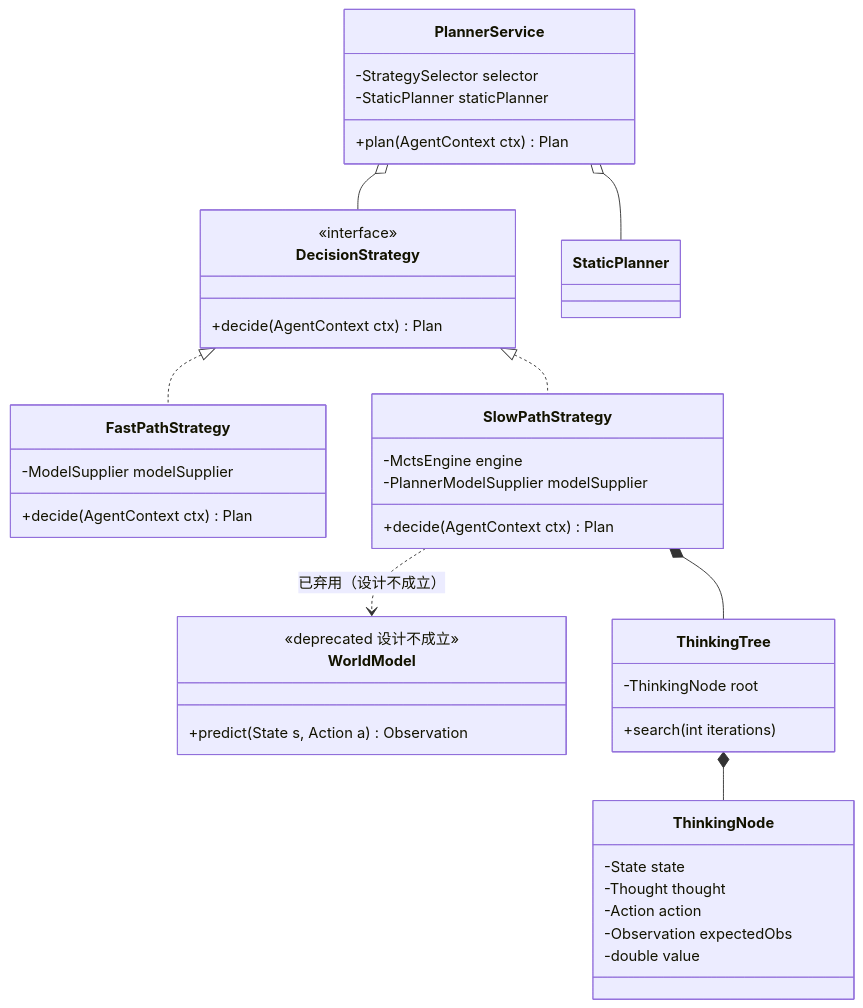
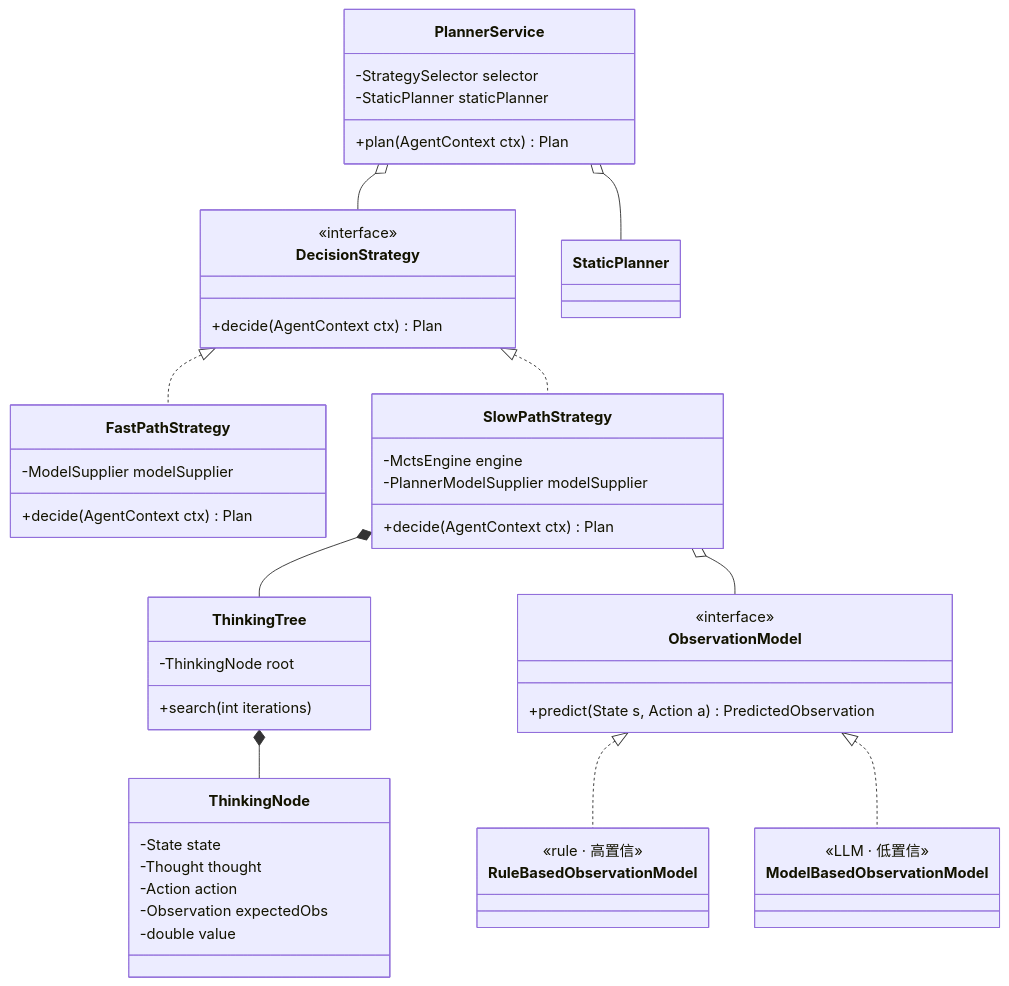
The first of 2 diagrams in docs/alice-core-planner/DESIGN.md (chaineasy-ai/alice-agent), drawn with Mermaid before and after one commit. The commit also changed other lines of this file and 1 other file, not shown here.

Commit message:
docs(planner): WorldModel 弃用收窄为「单组件+规划期验证」；预测观测保留为 ObservationModel 端口（规则型/模型型 + confidence + 禁止放行）；补文首设计修正 banner（原引用悬空）

````diff
--- a/docs/alice-core-planner/DESIGN.md
+++ b/docs/alice-core-planner/DESIGN.md
@@ -24,50 +45,60 @@
 ```mermaid
 classDiagram
     class PlannerService {
         -StrategySelector selector
         -StaticPlanner staticPlanner
         +plan(AgentContext ctx) Plan
     }
 
     class DecisionStrategy {
         <<interface>>
         +decide(AgentContext ctx) Plan
     }
 
     class FastPathStrategy {
         -ModelSupplier modelSupplier
         +decide(AgentContext ctx) Plan
     }
 
     class SlowPathStrategy {
         -MctsEngine engine
         -PlannerModelSupplier modelSupplier
         +decide(AgentContext ctx) Plan
     }
 
-    class WorldModel {
-        <<deprecated 设计不成立>>
-        +predict(State s, Action a) Observation
+    class ObservationModel {
+        <<interface>>
+        +predict(State s, Action a) PredictedObservation
+    }
+
+    class RuleBasedObservationModel {
+        <<rule · 高置信>>
+    }
+
+    class ModelBasedObservationModel {
+        <<LLM · 低置信>>
     }
 
     class ThinkingTree {
         -ThinkingNode root
         +search(int iterations)
     }
 
     class ThinkingNode {
         -State state
         -Thought thought
         -Action action
         -Observation expectedObs
         -double value
     }
 
     PlannerService o-- DecisionStrategy
     PlannerService o-- StaticPlanner
     DecisionStrategy <|.. SlowPathStrategy
     DecisionStrategy <|.. FastPathStrategy
     SlowPathStrategy *-- ThinkingTree
-    SlowPathStrategy ..> WorldModel : 已弃用（设计不成立）
+    SlowPathStrategy o-- ObservationModel
+    ObservationModel <|.. RuleBasedObservationModel
+    ObservationModel <|.. ModelBasedObservationModel
     ThinkingTree *-- ThinkingNode
 ```
````
